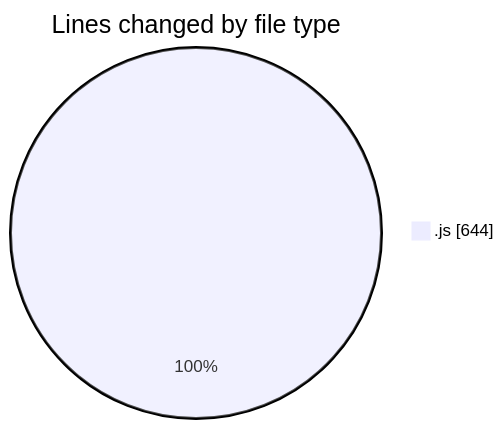
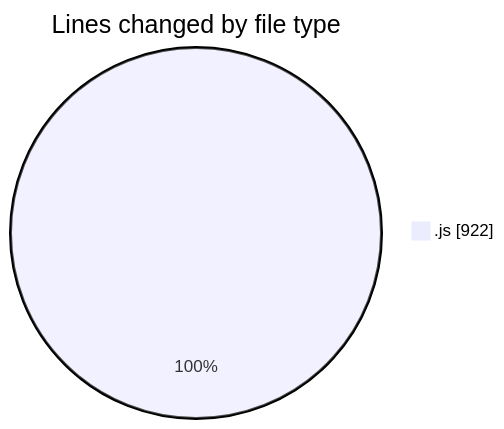
One commit to Ritupan-Deka/code-tracking changed the first of 2 diagrams in 2025-08-01/javascript/README.md. Above: the diagram before and after it, drawn with Mermaid. The commit also changed other lines of this file and 1 other file, not shown here.

````diff
--- a/2025-08-01/javascript/README.md
+++ b/2025-08-01/javascript/README.md
@@ -20,5 +20,5 @@
 ```mermaid
 pie showData
 title Lines changed by file type
-".js" : 644
+".js" : 922
 ```
````
